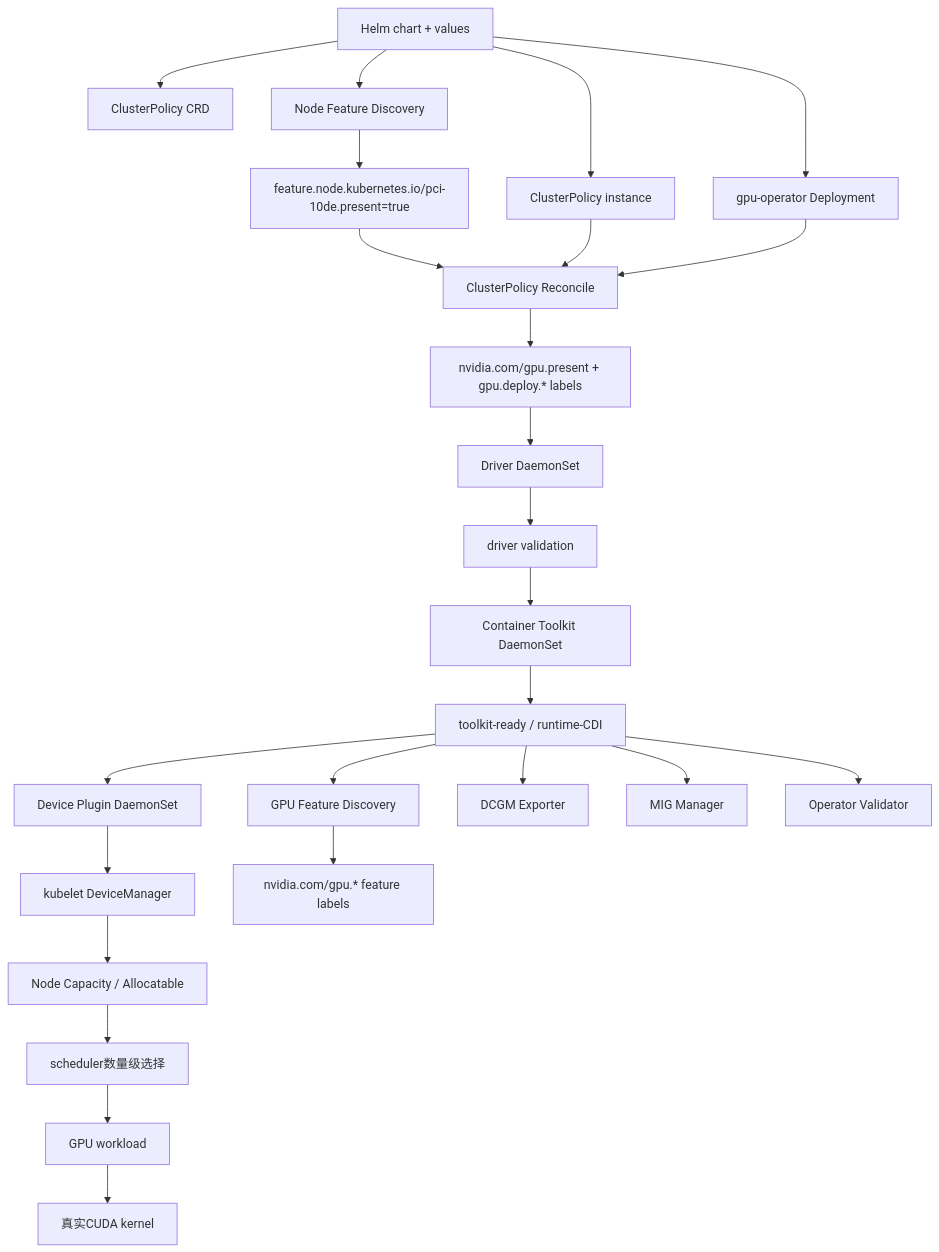
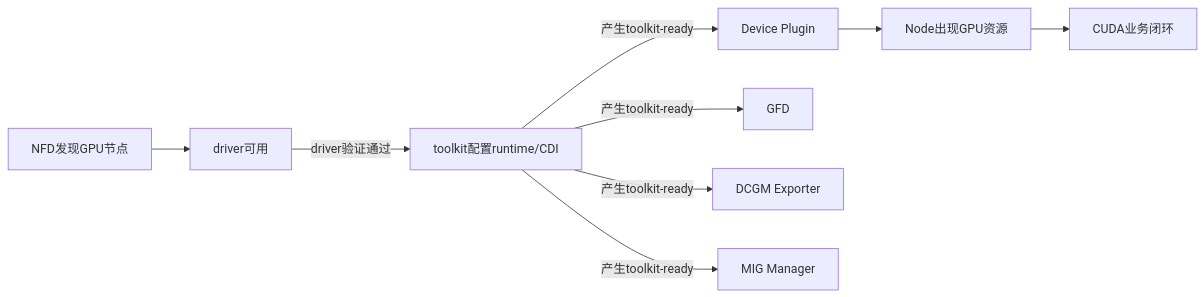
One commit to zz-datou/k8s_plat_gpu changed the fourth of 6 diagrams in 07_正式学习讲义/18_GPU_Operator_组件安装升级与故障定位.md. Above: the diagram before and after it, drawn with Mermaid. The commit also changed other lines of this file and 3 other files, not shown here.

````diff
--- a/07_正式学习讲义/18_GPU_Operator_组件安装升级与故障定位.md
+++ b/07_正式学习讲义/18_GPU_Operator_组件安装升级与故障定位.md
@@ -280,30 +314,11 @@
 ```mermaid
-flowchart TD
-    H["Helm chart + values"] --> CRD["ClusterPolicy CRD"]
-    H --> OP["gpu-operator Deployment"]
-    H --> CP["ClusterPolicy instance"]
-    H --> NFD["Node Feature Discovery"]
-
-    NFD --> PCI["feature.node.kubernetes.io/pci-10de.present=true"]
-    PCI --> REC["ClusterPolicy Reconcile"]
-    CP --> REC
-    OP --> REC
-
-    REC --> LABEL["nvidia.com/gpu.present + gpu.deploy.* labels"]
-    LABEL --> DRV["Driver DaemonSet"]
-    DRV --> DRVREADY["driver validation"]
-    DRVREADY --> TK["Container Toolkit DaemonSet"]
-    TK --> TKREADY["toolkit-ready / runtime-CDI"]
-    TKREADY --> DP["Device Plugin DaemonSet"]
-    TKREADY --> GFD["GPU Feature Discovery"]
-    TKREADY --> DEX["DCGM Exporter"]
-    TKREADY --> MIG["MIG Manager"]
-    TKREADY --> VAL["Operator Validator"]
-
-    DP --> K["kubelet DeviceManager"]
-    K --> NODE["Node Capacity / Allocatable"]
-    GFD --> GPULABEL["nvidia.com/gpu.* feature labels"]
-    NODE --> SCHED["scheduler数量级选择"]
-    SCHED --> POD["GPU workload"]
-    POD --> CUDA["真实CUDA kernel"]
+flowchart LR
+    NFD["NFD发现GPU节点"] --> DRV["driver可用"]
+    DRV -->|"driver验证通过"| TK["toolkit配置runtime/CDI"]
+    TK -->|"产生toolkit-ready"| DP["Device Plugin"]
+    TK -->|"产生toolkit-ready"| GFD["GFD"]
+    TK -->|"产生toolkit-ready"| EXP["DCGM Exporter"]
+    TK -->|"产生toolkit-ready"| MIG["MIG Manager"]
+    DP --> RES["Node出现GPU资源"]
+    RES --> CUDA["CUDA业务闭环"]
 ```
````
